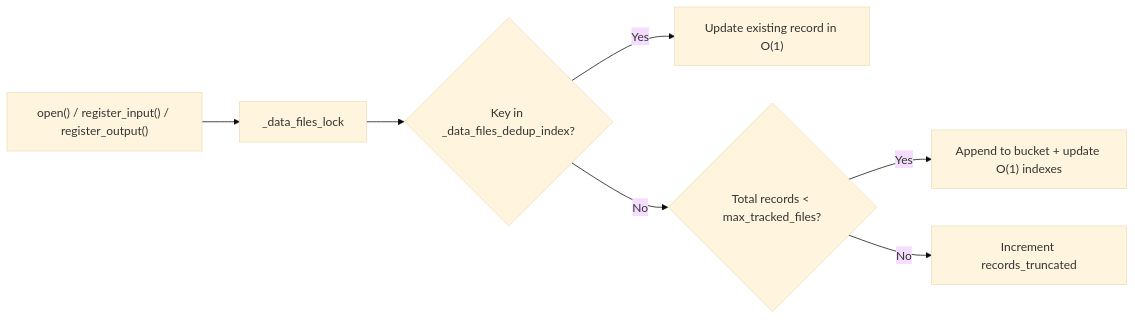
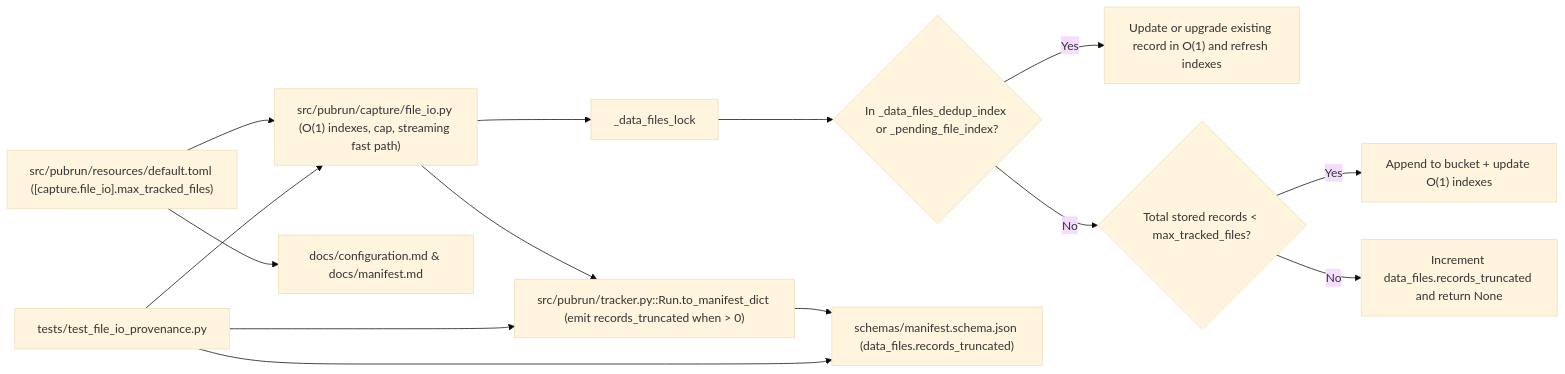
One commit to fariello/pubrun changed the diagram in .aw/records/plans/pending/20261127-assess-8l-03-l596kn-file-i-o-o-1-indexing-record-cap-and-streaming-hash-fast-pat.ipd.md. Above: the diagram before and after it, drawn with Mermaid (base theme). The commit also changed other lines of this file and 1 other file, not shown here.

````diff
--- a/.aw/records/plans/pending/20261127-assess-8l-03-l596kn-file-i-o-o-1-indexing-record-cap-and-streaming-hash-fast-pat.ipd.md
+++ b/.aw/records/plans/pending/20261127-assess-8l-03-l596kn-file-i-o-o-1-indexing-record-cap-and-streaming-hash-fast-pat.ipd.md
@@ -32,9 +34,16 @@
 ```mermaid
 flowchart LR
-    CALL["open() / register_input() / register_output()"] --> LOCK["_data_files_lock"]
-    LOCK --> DEDUP{"Key in _data_files_dedup_index?"}
-    DEDUP -->|Yes| MERGE["Update existing record in O(1)"]
-    DEDUP -->|No| CAP{"Total records < max_tracked_files?"}
+    CFG["src/pubrun/resources/default.toml ([capture.file_io].max_tracked_files)"] --> FIO["src/pubrun/capture/file_io.py (O(1) indexes, cap, streaming fast path)"]
+    FIO --> LOCK["_data_files_lock"]
+    LOCK --> DEDUP{"In _data_files_dedup_index or _pending_file_index?"}
+    DEDUP -->|Yes| MERGE["Update or upgrade existing record in O(1) and refresh indexes"]
+    DEDUP -->|No| CAP{"Total stored records < max_tracked_files?"}
     CAP -->|Yes| APPEND["Append to bucket + update O(1) indexes"]
-    CAP -->|No| TRUNC["Increment records_truncated"]
+    CAP -->|No| TRUNC["Increment data_files.records_truncated and return None"]
+    FIO --> TRK["src/pubrun/tracker.py::Run.to_manifest_dict (emit records_truncated when > 0)"]
+    TRK --> SCHEMA["schemas/manifest.schema.json (data_files.records_truncated)"]
+    CFG --> DOCS["docs/configuration.md & docs/manifest.md"]
+    TESTS["tests/test_file_io_provenance.py"] --> FIO
+    TESTS --> TRK
+    TESTS --> SCHEMA
 ```
````
